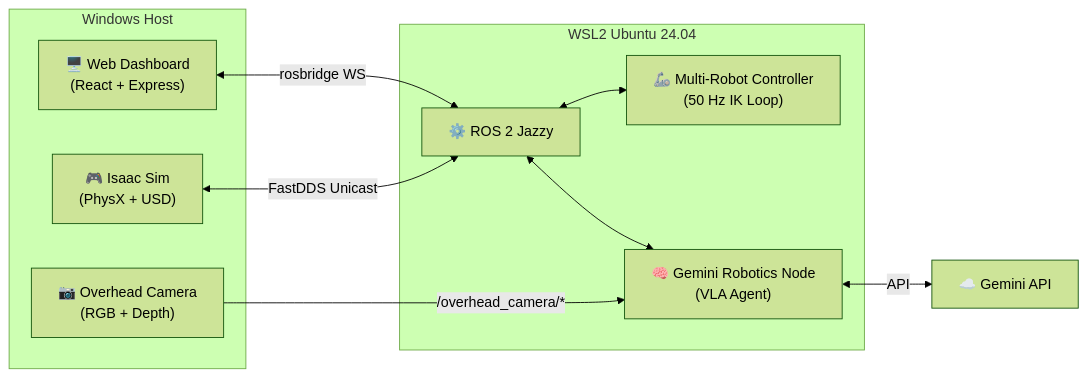
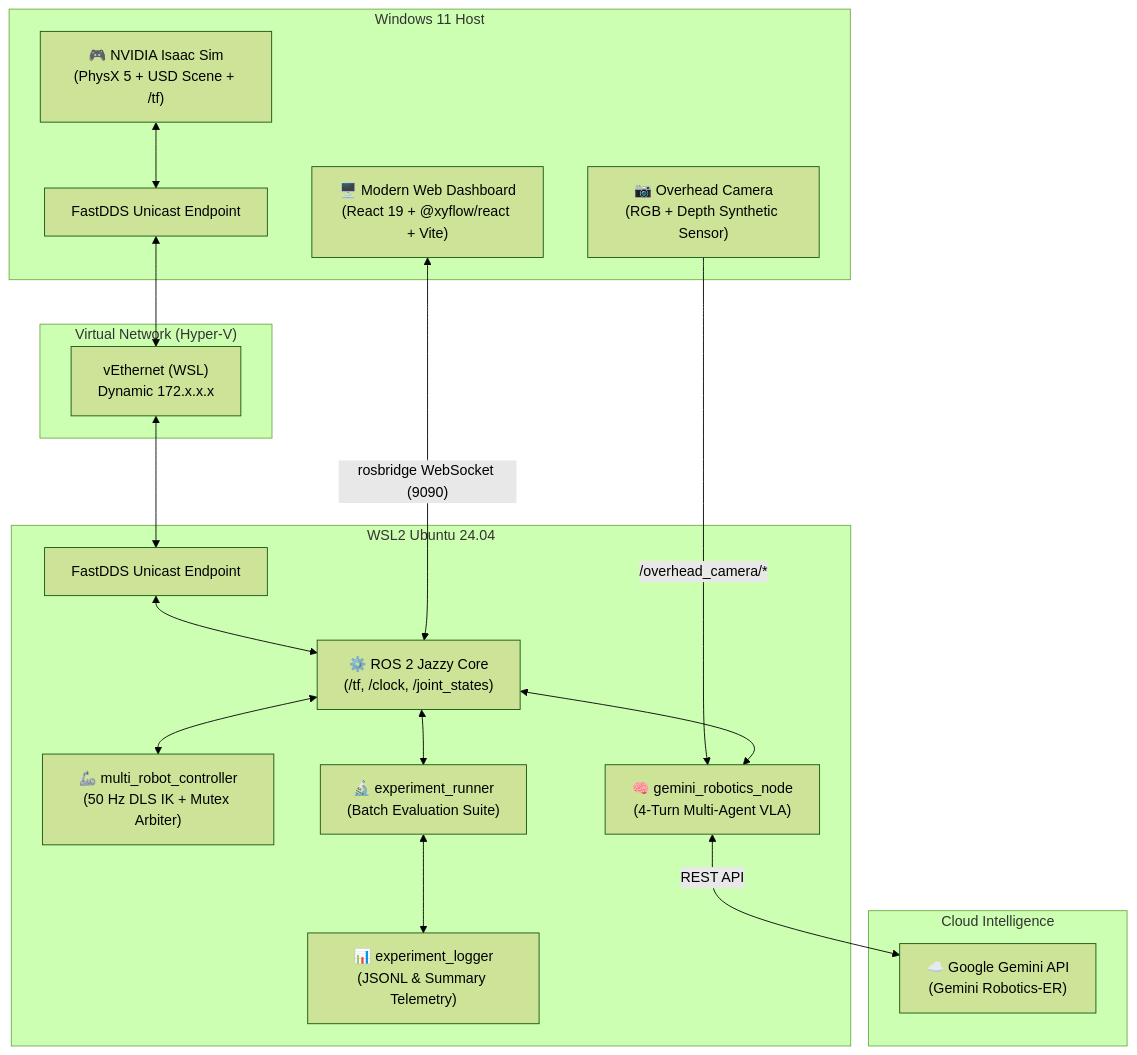
The diagram in README.md (mincasurong/IsaacSim_GeminiRobotics), drawn with Mermaid (forest theme) before and after one commit. The commit also changed other lines of this file and 4 other files, not shown here.

````diff
--- a/README.md
+++ b/README.md
@@ -31,21 +44,38 @@
 ```mermaid
-graph LR
-    subgraph "Windows Host"
-        IS["🎮 Isaac Sim<br/>(PhysX + USD)"]
-        CAM["📷 Overhead Camera<br/>(RGB + Depth)"]
-        GUI["🖥️ Web Dashboard<br/>(React + Express)"]
+graph TD
+    subgraph "Windows 11 Host"
+        IS["🎮 NVIDIA Isaac Sim<br/>(PhysX 5 + USD Scene + /tf)"]
+        CAM["📷 Overhead Camera<br/>(RGB + Depth Synthetic Sensor)"]
+        GUI["🖥️ Modern Web Dashboard<br/>(React 19 + @xyflow/react + Vite)"]
+        FW["FastDDS Unicast Endpoint"]
+    end
+
+    subgraph "Virtual Network (Hyper-V)"
+        VNet["vEthernet (WSL)<br/>Dynamic 172.x.x.x"]
     end
 
     subgraph "WSL2 Ubuntu 24.04"
-        ROS["⚙️ ROS 2 Jazzy"]
-        CTRL["🦾 Multi-Robot Controller<br/>(50 Hz IK Loop)"]
-        VLM["🧠 Gemini Robotics Node<br/>(VLA Agent)"]
+        ROS["⚙️ ROS 2 Jazzy Core<br/>(/tf, /clock, /joint_states)"]
+        MRC["🦾 multi_robot_controller<br/>(50 Hz DLS IK + Mutex Arbiter)"]
+        VLM["🧠 gemini_robotics_node<br/>(4-Turn Multi-Agent VLA)"]
+        EXP["🔬 experiment_runner<br/>(Batch Evaluation Suite)"]
+        LOG["📊 experiment_logger<br/>(JSONL & Summary Telemetry)"]
+        DDS["FastDDS Unicast Endpoint"]
     end
 
-    IS <-->|"FastDDS Unicast"| ROS
+    subgraph "Cloud Intelligence"
+        GEM["☁️ Google Gemini API<br/>(Gemini Robotics-ER)"]
+    end
+
+    IS <--> FW
+    FW <--> VNet
+    VNet <--> DDS
+    DDS <--> ROS
     CAM -->|"/overhead_camera/*"| VLM
-    ROS <--> CTRL
+    ROS <--> MRC
     ROS <--> VLM
-    GUI <-->|"rosbridge WS"| ROS
-    VLM <-->|"API"| GEM["☁️ Gemini API"]
+    ROS <--> EXP
+    EXP <--> LOG
+    GUI <-->|"rosbridge WebSocket (9090)"| ROS
+    VLM <-->|"REST API"| GEM
 ```
````
